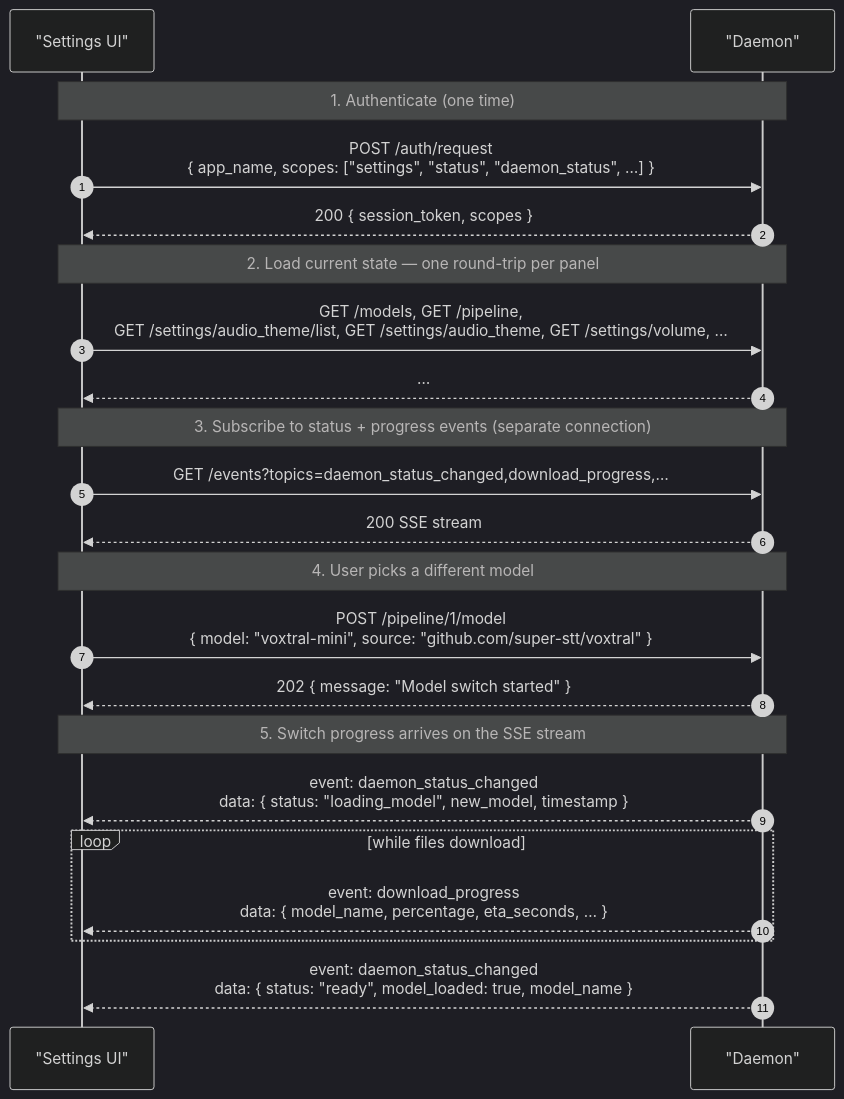
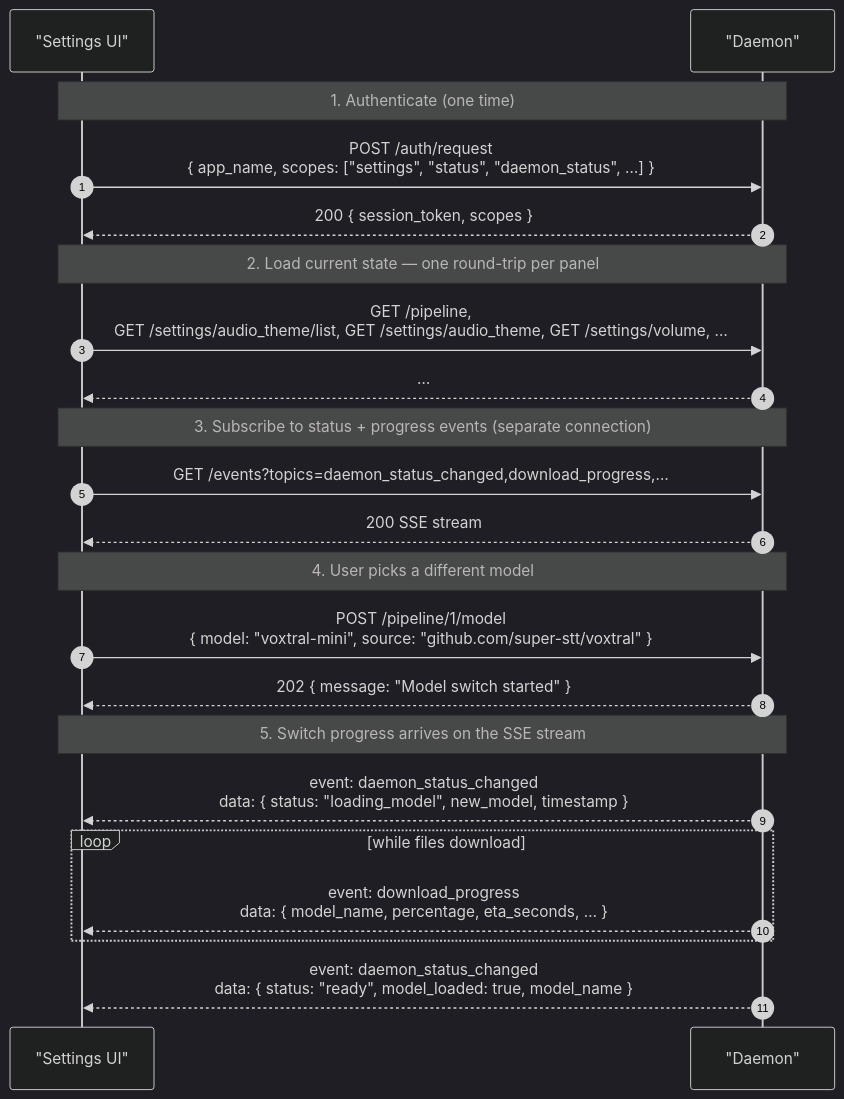
Before and after one commit to jorge-menjivar/super-stt: the diagram in docs/protocol/scopes/settings.md, drawn with Mermaid (dark theme). The commit also changed other lines of this file and 130 other files, not shown here.

````diff
--- a/docs/protocol/scopes/settings.md
+++ b/docs/protocol/scopes/settings.md
@@ -83,29 +83,29 @@
 ```mermaid
 sequenceDiagram
     autonumber
     participant App as "Settings UI"
     participant D as "Daemon"
 
     Note over App,D: 1. Authenticate (one time)
     App->>D: POST /auth/request<br/>{ app_name, scopes: ["settings", "status", "daemon_status", …] }
     D-->>App: 200 { session_token, scopes }
 
     Note over App,D: 2. Load current state — one round-trip per panel
-    App->>D: GET /models, GET /pipeline,<br/>      GET /settings/audio_theme/list, GET /settings/audio_theme, GET /settings/volume, …
+    App->>D: GET /pipeline,<br/>      GET /settings/audio_theme/list, GET /settings/audio_theme, GET /settings/volume, …
     D-->>App: …
 
     Note over App,D: 3. Subscribe to status + progress events (separate connection)
     App->>D: GET /events?topics=daemon_status_changed,download_progress,…
     D-->>App: 200 SSE stream
 
     Note over App,D: 4. User picks a different model
     App->>D: POST /pipeline/1/model<br/>{ model: "voxtral-mini", source: "github.com/super-stt/voxtral" }
     D-->>App: 202 { message: "Model switch started" }
 
     Note over App,D: 5. Switch progress arrives on the SSE stream
     D-->>App: event: daemon_status_changed<br/>data: { status: "loading_model", new_model, timestamp }
     loop while files download
         D-->>App: event: download_progress<br/>data: { model_name, percentage, eta_seconds, … }
     end
     D-->>App: event: daemon_status_changed<br/>data: { status: "ready", model_loaded: true, model_name }
 ```
````
